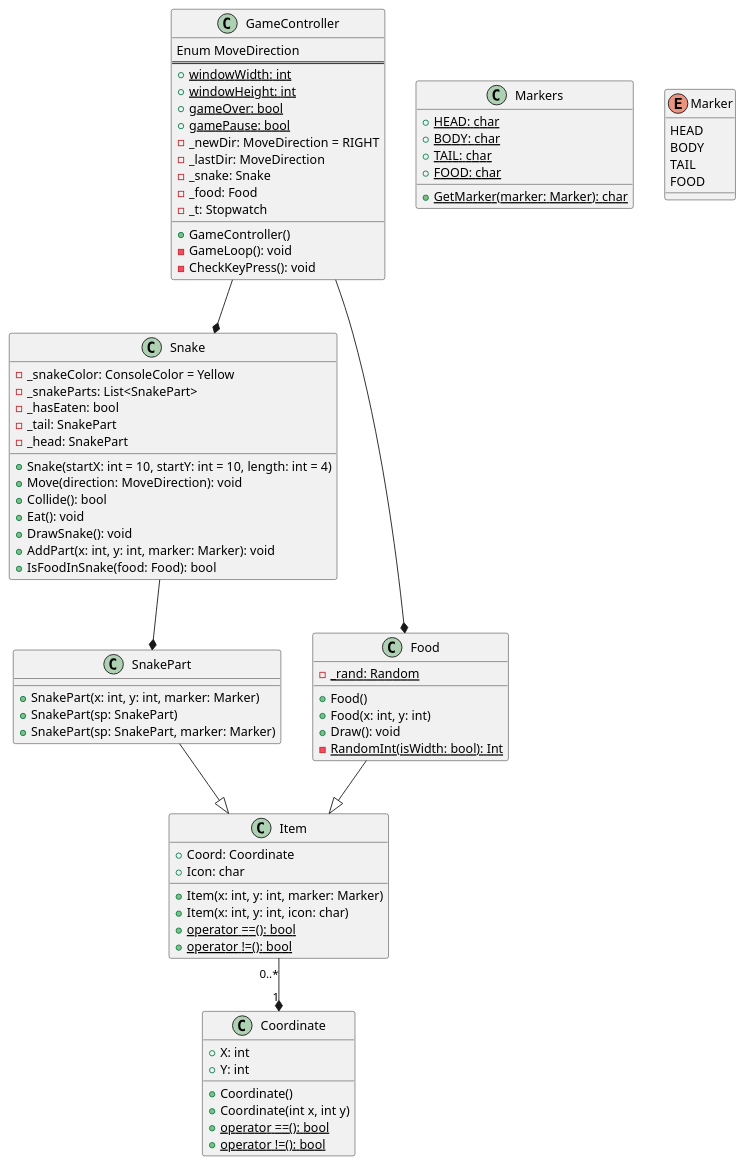
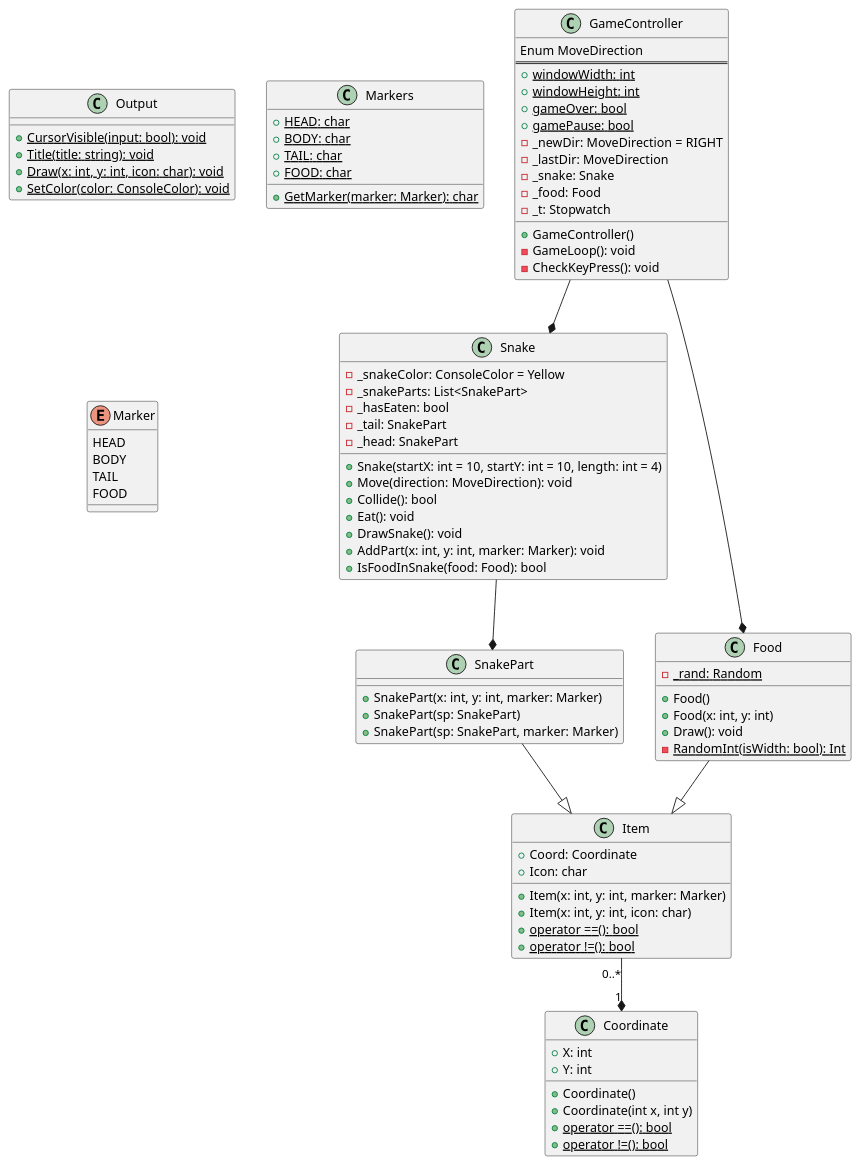
The diagram in SnakeMess/afterDevelop.puml (AlphonseSantoro/innlevering_arbeidskrav_snakemess), drawn with PlantUML before and after one commit. The commit also changed 2 other files, not shown here.

Commit message:
Diagram fix

```diff
--- a/SnakeMess/afterDevelop.puml
+++ b/SnakeMess/afterDevelop.puml
@@ -1,104 +1,111 @@
 @startuml
 
 class GameController{
     Enum MoveDirection
     ==
     + {static} windowWidth: int
     + {static} windowHeight: int
     + {static} gameOver: bool
     + {static} gamePause: bool
     - _newDir: MoveDirection = RIGHT
     - _lastDir: MoveDirection
     - _snake: Snake
     - _food: Food
     - _t: Stopwatch
 	__
     + GameController()
     - GameLoop(): void
     - CheckKeyPress(): void
 }
 
 class Snake{
     - _snakeColor: ConsoleColor = Yellow
     - _snakeParts: List<SnakePart>
     - _hasEaten: bool
     - _tail: SnakePart
     - _head: SnakePart
 
     + Snake(startX: int = 10, startY: int = 10, length: int = 4)
     + Move(direction: MoveDirection): void
     + Collide(): bool
     + Eat(): void
     + DrawSnake(): void
     + AddPart(x: int, y: int, marker: Marker): void
     + IsFoodInSnake(food: Food): bool
 }
 
 class Food{
     - {static} _rand: Random
 
     + Food()
     + Food(x: int, y: int)
     + Draw(): void
     - {static} RandomInt(isWidth: bool): Int
 }
 
 class SnakePart{
     + SnakePart(x: int, y: int, marker: Marker)
     + SnakePart(sp: SnakePart)
     + SnakePart(sp: SnakePart, marker: Marker)
 }
 
 class Item {
     + Coord: Coordinate
     + Icon: char
 
     + Item(x: int, y: int, marker: Marker)
     + Item(x: int, y: int, icon: char)
     + {static} operator ==(): bool
     + {static} operator !=(): bool
 }
 
 class Coordinate{
     + X: int
     + Y: int
 
     + Coordinate()
     + Coordinate(int x, int y)
     + {static} operator ==(): bool
     + {static} operator !=(): bool
 }
 
+class Output{
+	+ {static} CursorVisible(input: bool): void
+	+ {static} Title(title: string): void
+	+ {static} Draw(x: int, y: int, icon: char): void
+	+ {static} SetColor(color: ConsoleColor): void
+}
+
 class Markers{
     + {static} HEAD: char
     + {static} BODY: char
     + {static} TAIL: char
     + {static} FOOD: char
     + {static} GetMarker(marker: Marker): char
 }
 
 Enum Marker{
     HEAD
     BODY
     TAIL
     FOOD
 }
 
 
 Item "0..*" --* "1" Coordinate
 SnakePart --|> Item	
 
 
 
 
 Snake --* SnakePart
 
 
 GameController --* Snake
 GameController --* Food
 
 
 Food --|> Item
 
 
 @enduml
```
